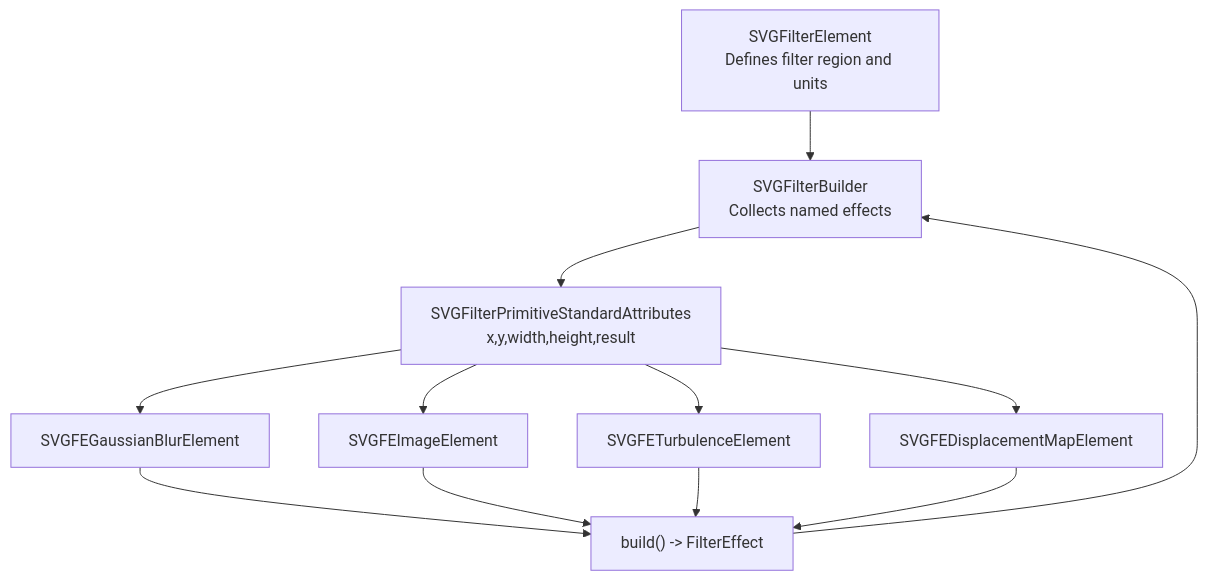
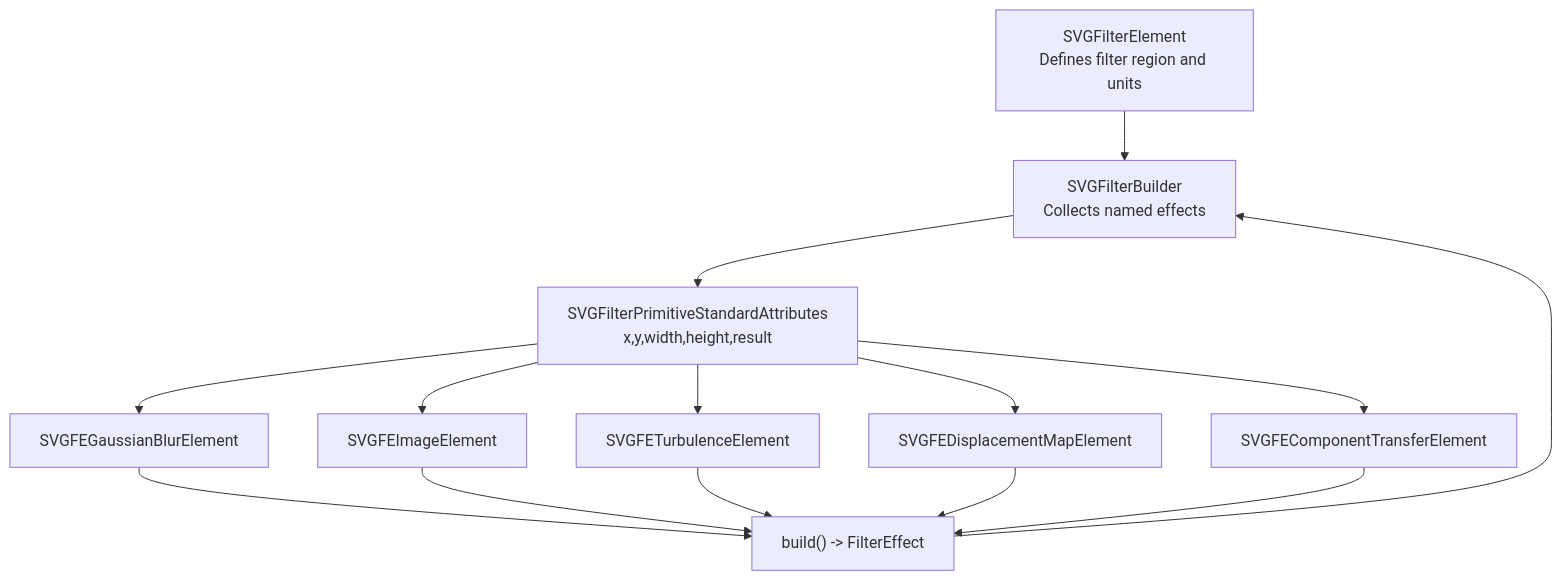
Before and after one commit to denisnadey/flutter_full_svg_support: the first of 8 diagrams in .qoder/repowiki/en/content/Animated SVG Support/Advanced Animation Features/SVG Filters and Effects/Built-in Filter Primitives.md, drawn with Mermaid. The commit also changed other lines of this file and 19 other files, not shown here.

````diff
--- a/.qoder/repowiki/en/content/Animated SVG Support/Advanced Animation Features/SVG Filters and Effects/Built-in Filter Primitives.md
+++ b/.qoder/repowiki/en/content/Animated SVG Support/Advanced Animation Features/SVG Filters and Effects/Built-in Filter Primitives.md
@@ -54,14 +57,16 @@
 ```mermaid
 graph TB
 FE["SVGFilterElement<br/>Defines filter region and units"] --> FB["SVGFilterBuilder<br/>Collects named effects"]
 FB --> PRIM_STD["SVGFilterPrimitiveStandardAttributes<br/>x,y,width,height,result"]
 PRIM_STD --> PRIM_BLUR["SVGFEGaussianBlurElement"]
 PRIM_STD --> PRIM_IMG["SVGFEImageElement"]
 PRIM_STD --> PRIM_TURB["SVGFETurbulenceElement"]
 PRIM_STD --> PRIM_DISP["SVGFEDisplacementMapElement"]
+PRIM_STD --> PRIM_COMP["SVGFEComponentTransferElement"]
 PRIM_BLUR --> BLD["build() -> FilterEffect"]
 PRIM_IMG --> BLD
 PRIM_TURB --> BLD
 PRIM_DISP --> BLD
+PRIM_COMP --> BLD
 BLD --> FB
 ```
````
